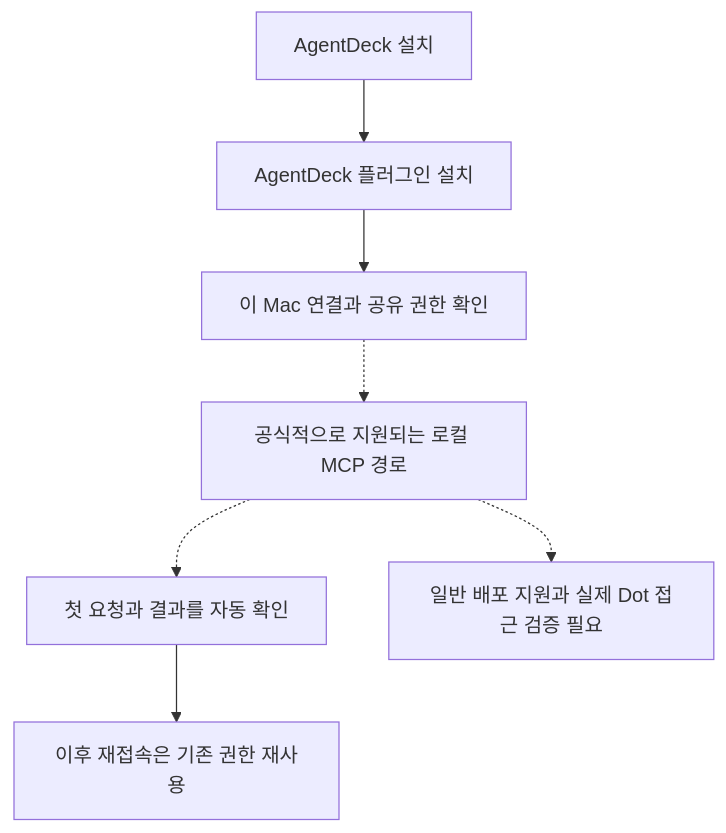
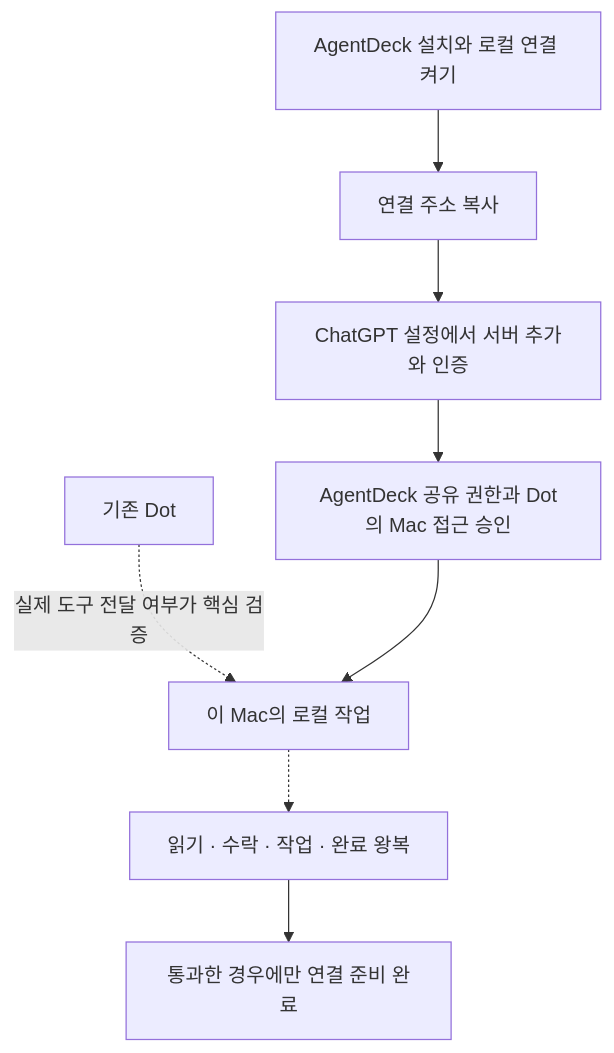
The fourth of 4 diagrams in docs/dot-connection-explained.ko.md (puritysb/AgentDeck), drawn with Mermaid before and after one commit. The commit also changed other lines of this file and 4 other files, not shown here.

````diff
--- a/docs/dot-connection-explained.ko.md
+++ b/docs/dot-connection-explained.ko.md
@@ -163,9 +165,10 @@
 ```mermaid
 flowchart TD
-    INSTALL[AgentDeck 설치] --> PLUGIN[AgentDeck 플러그인 설치]
-    PLUGIN --> CONSENT[이 Mac 연결과 공유 권한 확인]
-    CONSENT -.-> ROUTE[공식적으로 지원되는 로컬 MCP 경로]
-    ROUTE -.-> PROOF[첫 요청과 결과를 자동 확인]
-    PROOF --> USE[이후 재접속은 기존 권한 재사용]
-    ROUTE -.-> GATE[일반 배포 지원과 실제 Dot 접근 검증 필요]
+    INSTALL[AgentDeck 설치와 로컬 연결 켜기] --> ADDRESS[연결 주소 복사]
+    ADDRESS --> SETTINGS[ChatGPT 설정에서 서버 추가와 인증]
+    SETTINGS --> CONSENT[AgentDeck 공유 권한과 Dot의 Mac 접근 승인]
+    DOT[기존 Dot] -.->|실제 도구 전달 여부가 핵심 검증| LOCAL[이 Mac의 로컬 작업]
+    CONSENT --> LOCAL
+    LOCAL -.-> TEST[읽기 · 수락 · 작업 · 완료 왕복]
+    TEST --> READY[통과한 경우에만 연결 준비 완료]
 ```
````
